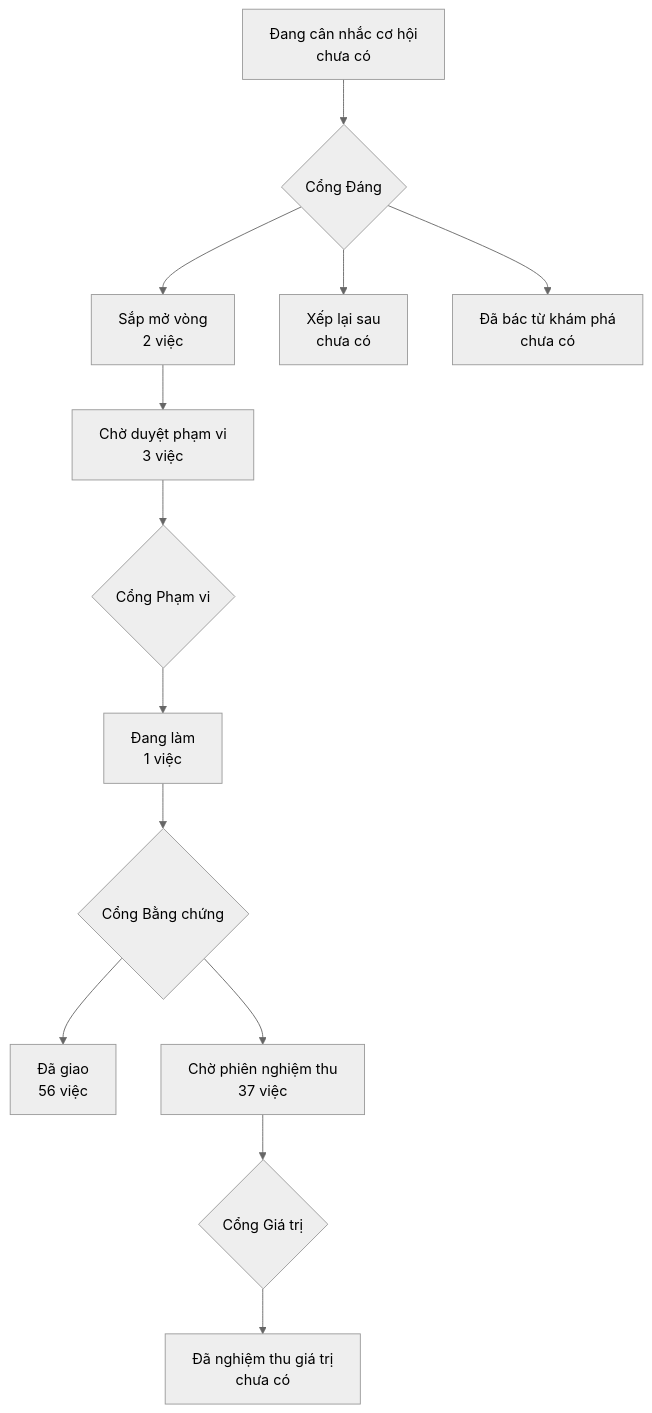
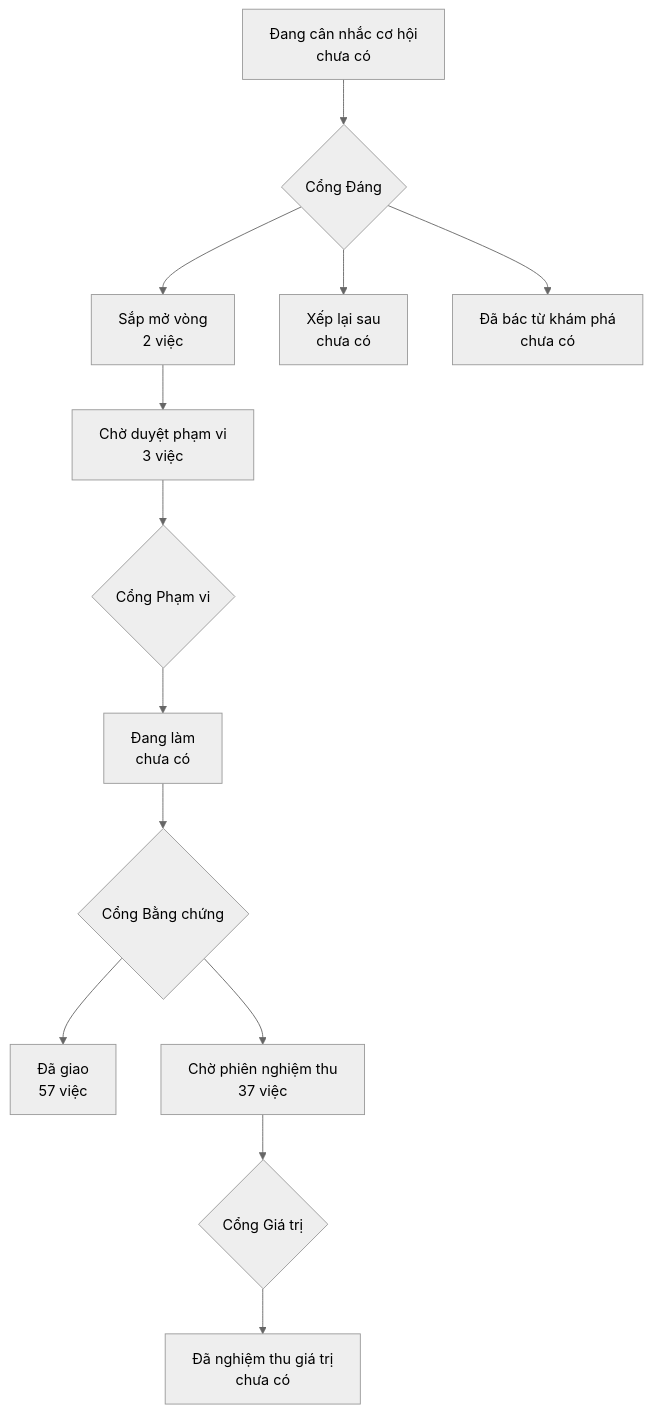
The diagram in PRODUCT-MAP.md (phanlemanh/onehub-invest), drawn with Mermaid (neutral theme) before and after one commit. The commit also changed other lines of this file and 4 other files, not shown here.

````diff
--- a/PRODUCT-MAP.md
+++ b/PRODUCT-MAP.md
@@ -7,12 +7,12 @@
 ```mermaid
 flowchart TD
   A["Đang cân nhắc cơ hội<br/>chưa có"] --> GD{"Cổng Đáng"}
   GD --> B["Sắp mở vòng<br/>2 việc"]
   GD --> XL["Xếp lại sau<br/>chưa có"]
   GD --> DB["Đã bác từ khám phá<br/>chưa có"]
   B --> CD["Chờ duyệt phạm vi<br/>3 việc"] --> GP{"Cổng Phạm vi"}
-  GP --> DL["Đang làm<br/>1 việc"] --> GB{"Cổng Bằng chứng"}
-  GB --> DG["Đã giao<br/>56 việc"]
+  GP --> DL["Đang làm<br/>chưa có"] --> GB{"Cổng Bằng chứng"}
+  GB --> DG["Đã giao<br/>57 việc"]
   GB --> CN["Chờ phiên nghiệm thu<br/>37 việc"] --> GG{"Cổng Giá trị"}
   GG --> NT["Đã nghiệm thu giá trị<br/>chưa có"]
 ```
````
